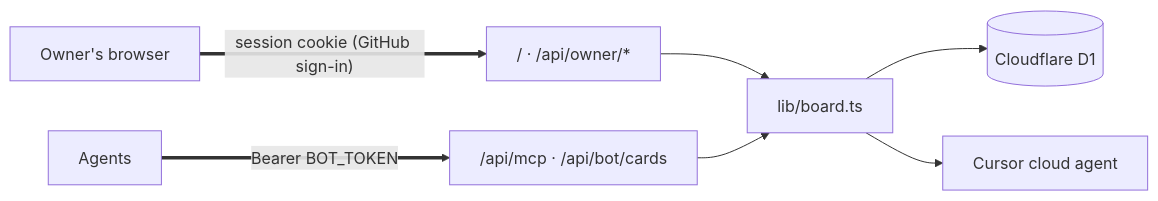
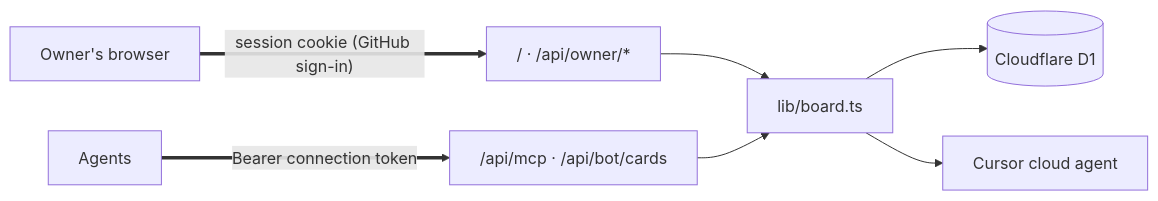
Before and after one commit to s-hiraoku/hab-kanban: the diagram in README.md, drawn with Mermaid. The commit also changed other lines of this file and 7 other files, not shown here.

````diff
--- a/README.md
+++ b/README.md
@@ -15,9 +19,9 @@
 ```mermaid
 flowchart LR
     browser["Owner's browser"] == "session cookie (GitHub sign-in)" ==> owner["/ · /api/owner/*"]
-    bots["Agents"] == "Bearer BOT_TOKEN" ==> bot["/api/mcp · /api/bot/cards"]
+    bots["Agents"] == "Bearer connection token" ==> bot["/api/mcp · /api/bot/cards"]
     owner --> board["lib/board.ts"]
     bot --> board
     board --> d1[("Cloudflare D1")]
     board --> cursor["Cursor cloud agent"]
 ```
````
